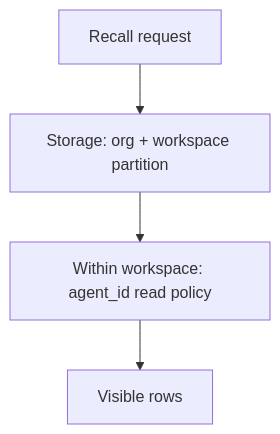
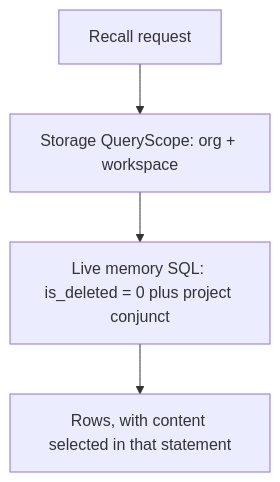
One commit to legioncodeinc/honeycomb changed the first of 2 diagrams in library/knowledge/private/security/scoping-and-visibility.md. Above: the diagram before and after it, drawn with Mermaid. The commit also changed other lines of this file and 279 other files, not shown here.

````diff
--- a/library/knowledge/private/security/scoping-and-visibility.md
+++ b/library/knowledge/private/security/scoping-and-visibility.md
@@ -22,6 +22,6 @@
 ```mermaid
 flowchart TD
-    req["Recall request"] --> tenancy["Storage: org + workspace partition"]
-    tenancy --> policy["Within workspace: agent_id read policy"]
-    policy --> result["Visible rows"]
+    req["Recall request"] --> tenancy["Storage QueryScope: org + workspace"]
+    tenancy --> live["Live memory SQL: is_deleted = 0 plus project conjunct"]
+    live --> result["Rows, with content selected in that statement"]
 ```
````
